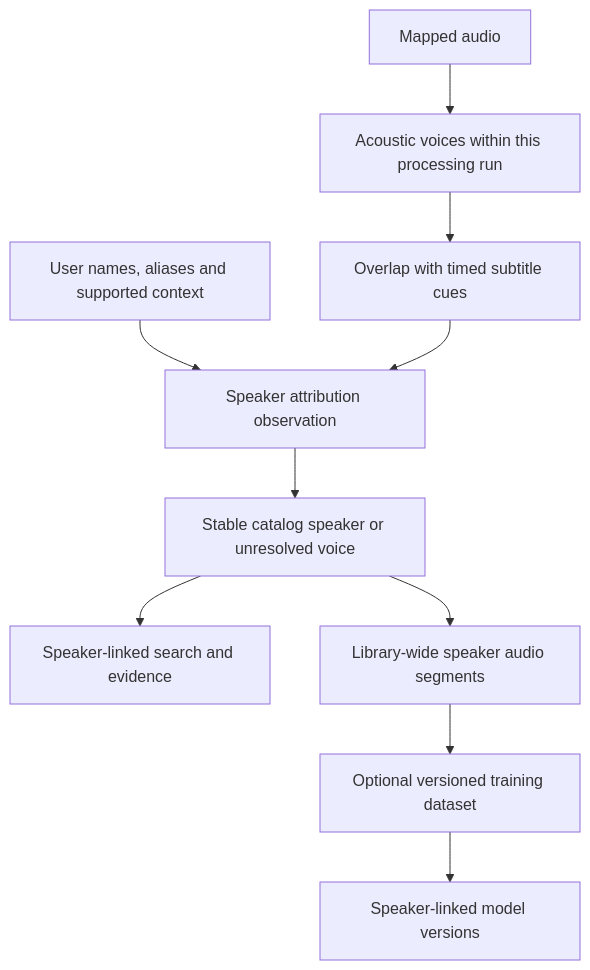
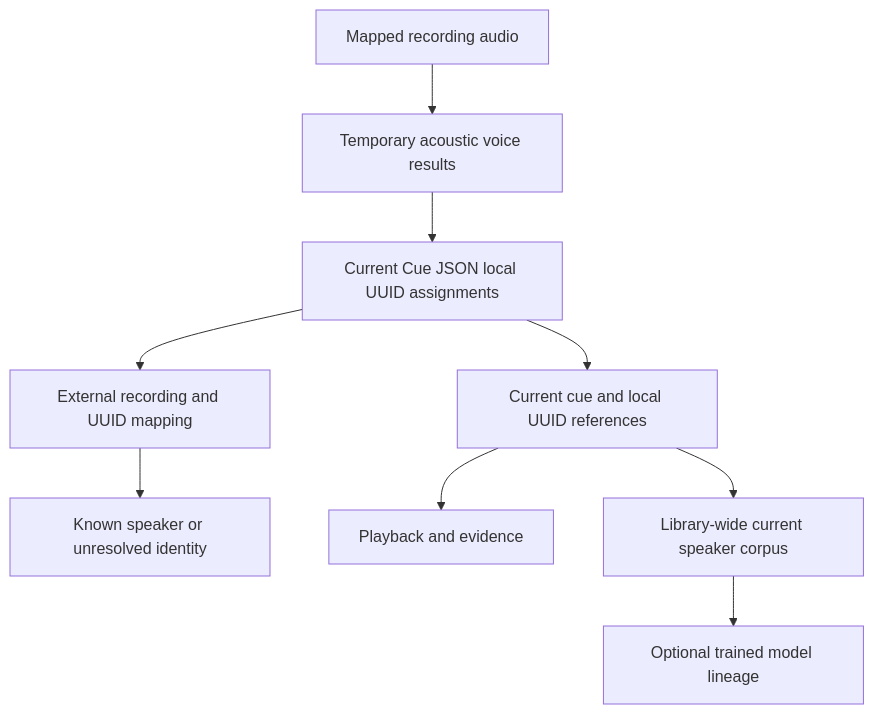
The diagram in docs/v0.0.0/speakers.md (shruggietech/insonic), drawn with Mermaid before and after one commit. The commit also changed other lines of this file and 144 other files, not shown here.

````diff
--- a/docs/v0.0.0/speakers.md
+++ b/docs/v0.0.0/speakers.md
@@ -7,12 +7,11 @@
 ```mermaid
 flowchart TB
-  Audio[Mapped audio] --> Voices[Acoustic voices within this processing run]
-  Voices --> CueMap[Overlap with timed subtitle cues]
-  Names[User names, aliases and supported context] --> Identity[Speaker attribution observation]
-  CueMap --> Identity
-  Identity --> Speaker[Stable catalog speaker or unresolved voice]
-  Speaker --> Search[Speaker-linked search and evidence]
-  Speaker --> Segments[Library-wide speaker audio segments]
-  Segments --> Dataset[Optional versioned training dataset]
-  Dataset --> Models[Speaker-linked model versions]
+  Audio[Mapped recording audio] --> Turns[Temporary acoustic voice results]
+  Turns --> Document[Current Cue JSON local UUID assignments]
+  Document --> Mapping[External recording and UUID mapping]
+  Mapping --> Known[Known speaker or unresolved identity]
+  Document --> References[Current cue and local UUID references]
+  References --> Playback[Playback and evidence]
+  References --> Corpus[Library-wide current speaker corpus]
+  Corpus --> Models[Optional trained model lineage]
 ```
````
